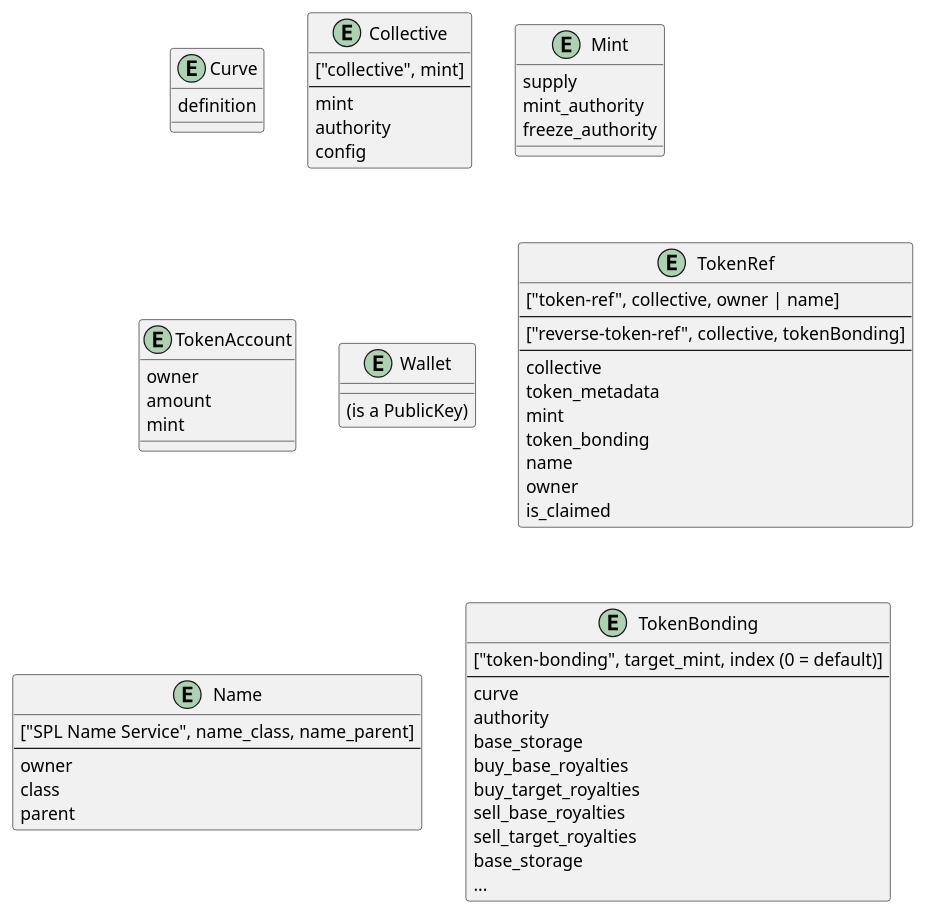
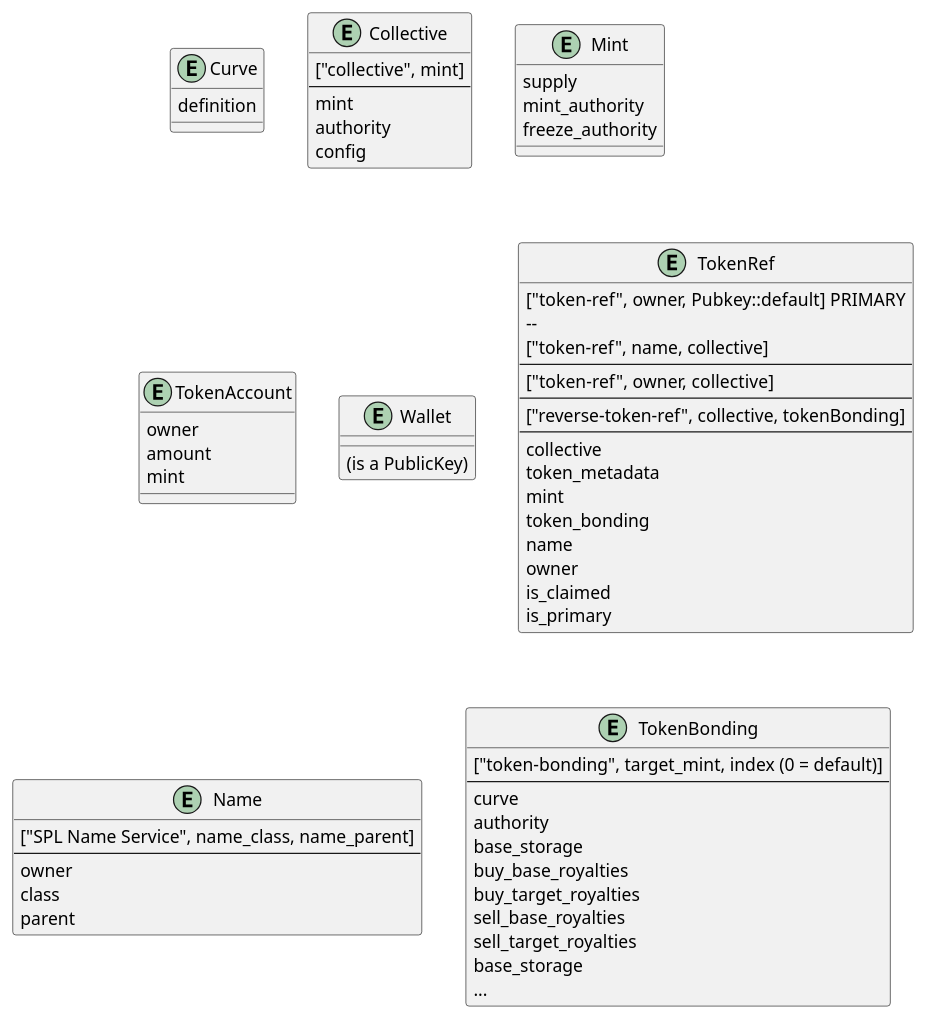
Before and after one commit to StrataFoundation/strata: the diagram in packages/docs/docs/concepts/social_tokens.md, drawn with PlantUML. The commit also changed other lines of this file and 14 other files, not shown here.

```diff
--- a/packages/docs/docs/concepts/social_tokens.md
+++ b/packages/docs/docs/concepts/social_tokens.md
@@ -48,7 +48,11 @@
 }
 
 entity TokenRef {
-  ["token-ref", collective, owner | name]
+  ["token-ref", owner, Pubkey::default] PRIMARY
+  -- 
+  ["token-ref", name, collective]
+  --
+  ["token-ref", owner, collective]
   --
   ["reverse-token-ref", collective, tokenBonding]
   --
@@ -59,6 +63,7 @@
   name
   owner
   is_claimed
+  is_primary
 }
 
 entity Name {
```
